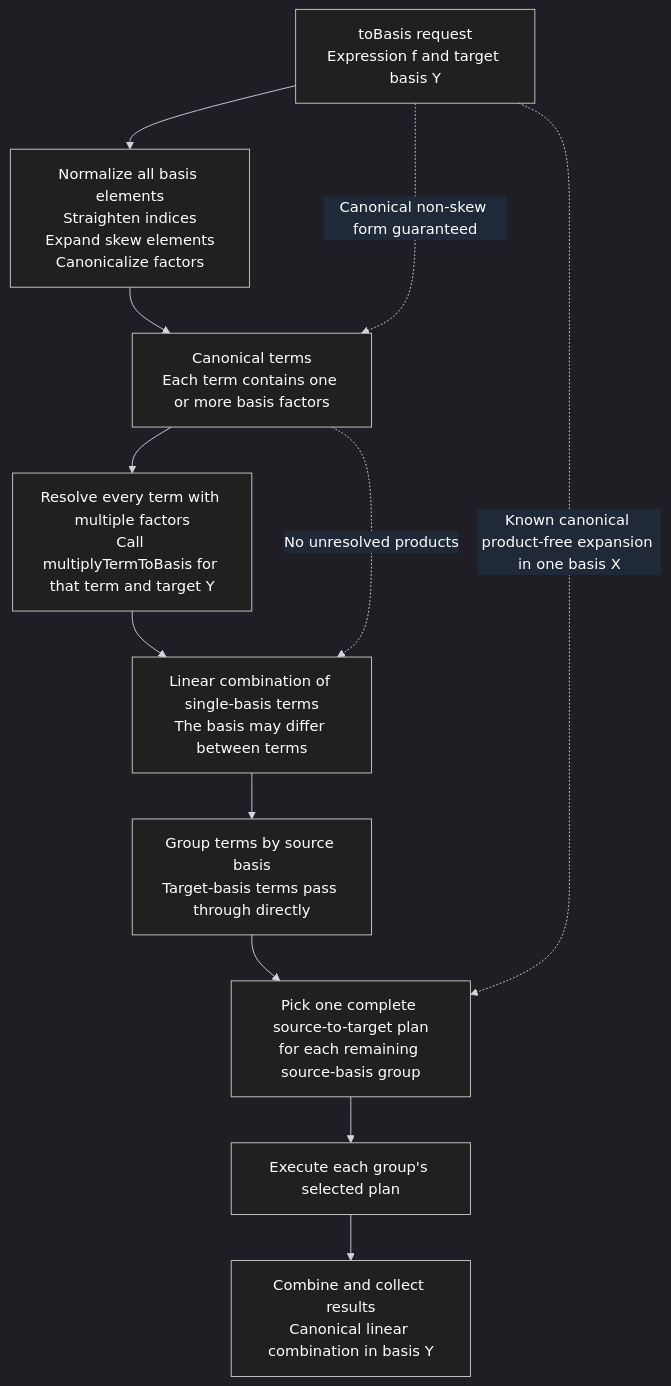
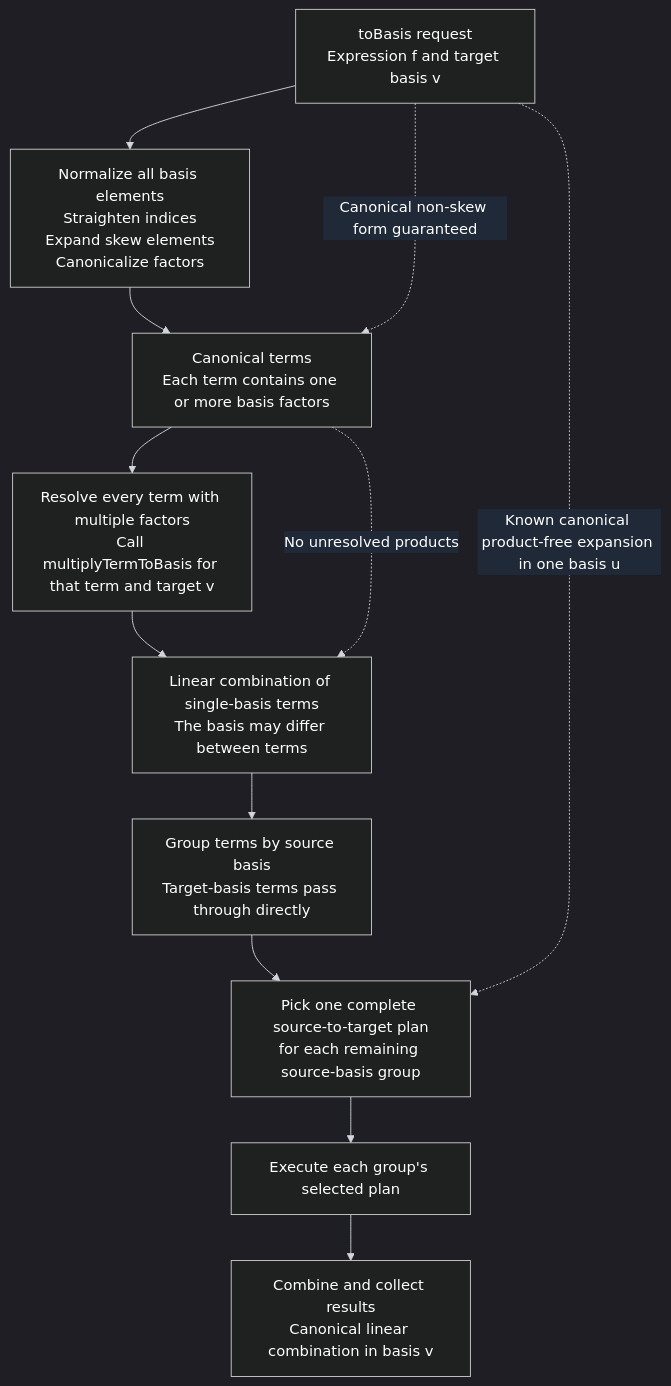
The first of 4 diagrams in M2/Macaulay2/e/symmetric-rings/TODO-pipelines.md (j-graf/M2), drawn with Mermaid before and after one commit. The commit also changed other lines of this file and 12 other files, not shown here.

````diff
--- a/M2/Macaulay2/e/symmetric-rings/TODO-pipelines.md
+++ b/M2/Macaulay2/e/symmetric-rings/TODO-pipelines.md
@@ -907,27 +906,27 @@
 ```mermaid
 %%{init: {"theme": "dark", "themeVariables": {"background": "#111827", "primaryColor": "#1f2937", "primaryTextColor": "#ffffff", "primaryBorderColor": "#9ca3af", "secondaryColor": "#1f2937", "secondaryTextColor": "#ffffff", "tertiaryColor": "#1f2937", "tertiaryTextColor": "#ffffff", "lineColor": "#d1d5db", "textColor": "#ffffff", "nodeTextColor": "#ffffff", "edgeLabelBackground": "#1f2937"}}}%%
 flowchart TD
-    A["toBasis request<br/>Expression f and target basis Y"]
+    A["toBasis request<br/>Expression f and target basis v"]
 
     A --> B["Normalize all basis elements<br/>Straighten indices<br/>Expand skew elements<br/>Canonicalize factors"]
 
     B --> C["Canonical terms<br/>Each term contains one or more basis factors"]
 
     A -. "Canonical non-skew form guaranteed" .-> C
 
-    C --> D["Resolve every term with multiple factors<br/>Call multiplyTermToBasis for that term and target Y"]
+    C --> D["Resolve every term with multiple factors<br/>Call multiplyTermToBasis for that term and target v"]
 
     D --> E["Linear combination of single-basis terms<br/>The basis may differ between terms"]
 
     C -. "No unresolved products" .-> E
 
     E --> F["Group terms by source basis<br/>Target-basis terms pass through directly"]
 
     F --> G["Pick one complete source-to-target plan<br/>for each remaining source-basis group"]
 
-    A -. "Known canonical product-free expansion in one basis X" .-> G
+    A -. "Known canonical product-free expansion in one basis u" .-> G
 
     G --> H["Execute each group's selected plan"]
 
-    H --> I["Combine and collect results<br/>Canonical linear combination in basis Y"]
+    H --> I["Combine and collect results<br/>Canonical linear combination in basis v"]
 ```
````
